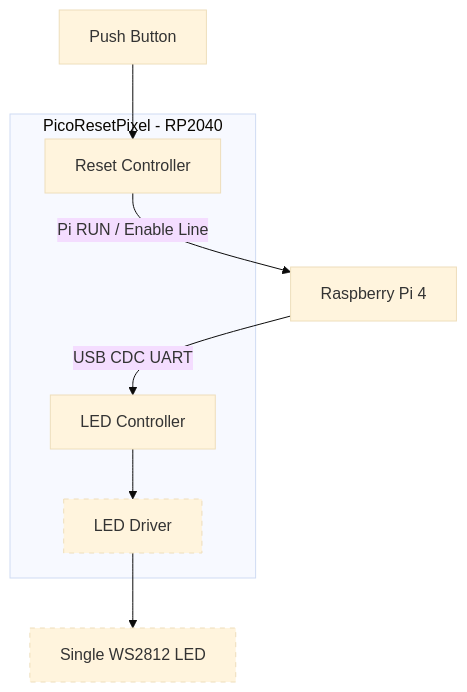
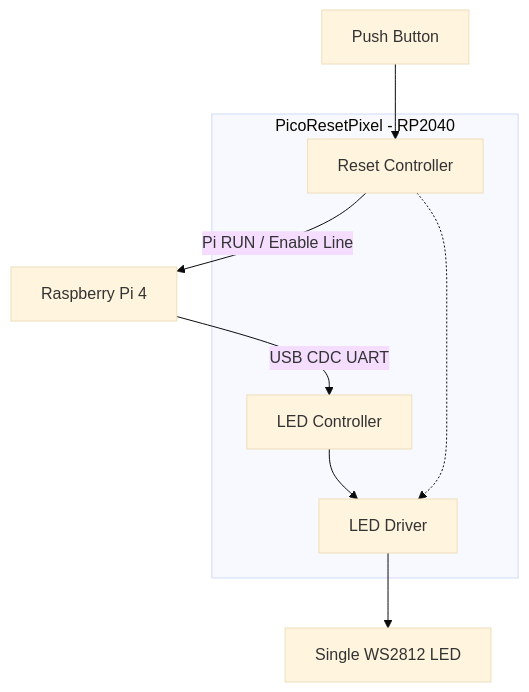
The diagram in docs/rpi/picoResetPixel.spec.md (laarhive/charlie), drawn with Mermaid (base theme) before and after one commit.

Commit message:
Refine PicoResetPixel spec: adjust LED controller and driver connections

````diff
--- a/docs/rpi/picoResetPixel.spec.md
+++ b/docs/rpi/picoResetPixel.spec.md
@@ -55,25 +55,24 @@
 ```mermaid
 graph TD
     Host[Raspberry Pi 4]
 
     Button[Push Button]
     WS2812[Single WS2812 LED]
 
     subgraph Pico[PicoResetPixel - RP2040]
         LEDController[LED Controller]
         ResetController[Reset Controller]
         LEDDriver[LED Driver]
 
         LEDController --> LEDDriver
+        ResetController -.-> LEDDriver
     end
 
     Host -->|USB CDC UART| LEDController
     Button --> ResetController
 
     ResetController -->|Pi RUN / Enable Line| Host
     LEDDriver --> WS2812
 
     classDef optional stroke-dasharray: 5 5
-    class LEDDriver optional
-    class WS2812 optional
 ```
````
